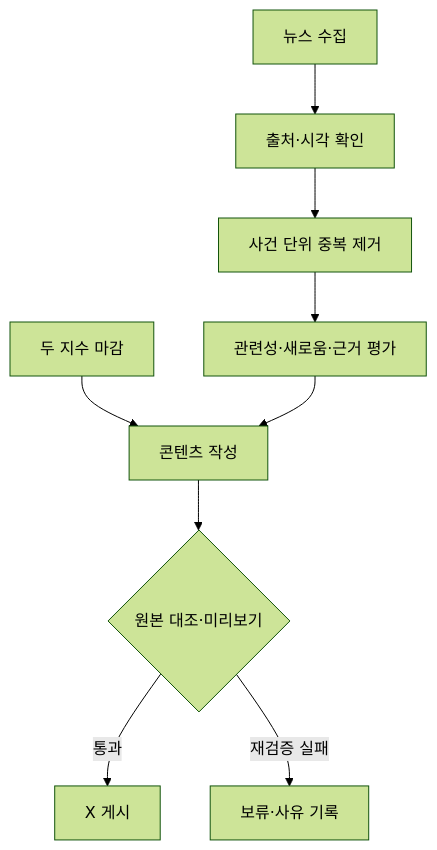
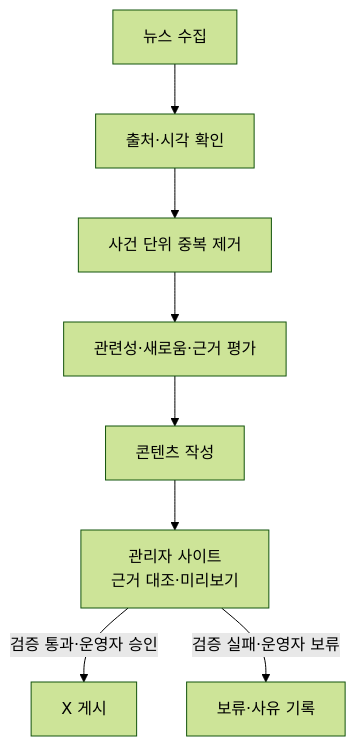
One commit to luvulmi/xfolio changed the first of 3 diagrams in tasks/progress/2026-10-18.md. Above: the diagram before and after it, drawn with Mermaid (forest theme). The commit also changed other lines of this file and 5 other files, not shown here.

Commit message:
docs: 관리자 사이트 검증 흐름과 게시문 기획 정리

````diff
--- a/tasks/progress/2026-10-18.md
+++ b/tasks/progress/2026-10-18.md
@@ -27,8 +21,8 @@
 ```mermaid
 flowchart TD
-    M["두 지수 마감"] --> C["콘텐츠 작성"]
+    C["콘텐츠 작성"]
     N["뉴스 수집"] --> S["출처·시각 확인"] --> D["사건 단위 중복 제거"] --> R["관련성·새로움·근거 평가"] --> C
-    C --> V{"원본 대조·미리보기"}
-    V -->|통과| P["X 게시"]
-    V -->|재검증 실패| H["보류·사유 기록"]
+    C --> V["관리자 사이트<br/>근거 대조·미리보기"]
+    V -->|검증 통과·운영자 승인| P["X 게시"]
+    V -->|검증 실패·운영자 보류| H["보류·사유 기록"]
 ```
````
